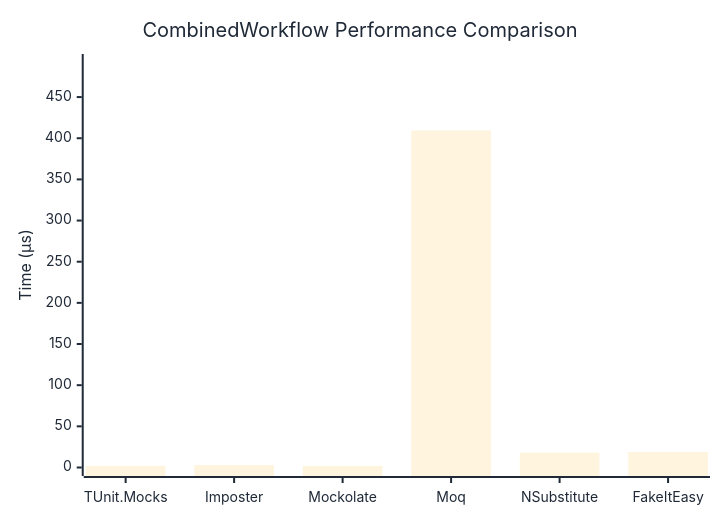
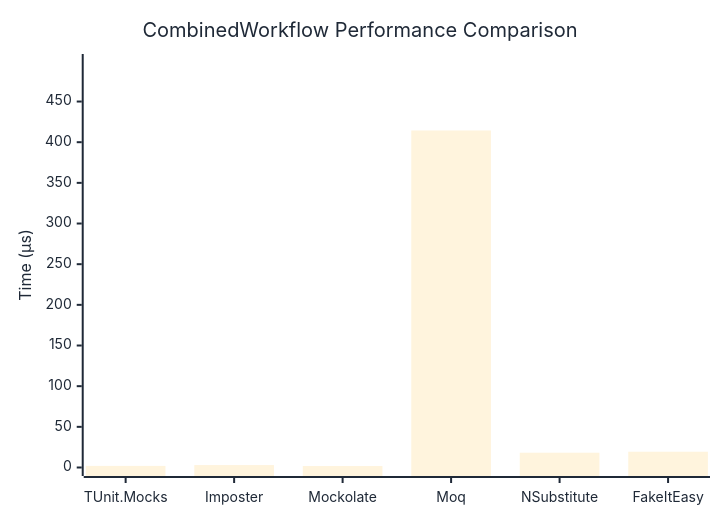
Before and after one commit to thomhurst/TUnit: the diagram in docs/docs/benchmarks/mocks/CombinedWorkflow.md, drawn with Mermaid. The commit also changed other lines of this file and 14 other files, not shown here.

````diff
--- a/docs/docs/benchmarks/mocks/CombinedWorkflow.md
+++ b/docs/docs/benchmarks/mocks/CombinedWorkflow.md
@@ -30,27 +30,27 @@
 ```mermaid
 %%{init: {
   'theme':'base',
   'themeVariables': {
     'primaryColor': '#2563eb',
     'primaryTextColor': '#1f2937',
     'primaryBorderColor': '#1e40af',
     'lineColor': '#6b7280',
     'secondaryColor': '#7c3aed',
     'tertiaryColor': '#dc2626',
     'background': '#ffffff',
     'pie1': '#2563eb',
     'pie2': '#7c3aed',
     'pie3': '#dc2626',
     'pie4': '#f59e0b',
     'pie5': '#10b981',
     'pie6': '#06b6d4',
     'pie7': '#ec4899',
     'pie8': '#6366f1'
   }
 }}%%
 xychart-beta
   title "CombinedWorkflow Performance Comparison"
   x-axis ["TUnit.Mocks", "Imposter", "Mockolate", "Moq", "NSubstitute", "FakeItEasy"]
-  y-axis "Time (μs)" 0 --> 492
-  bar [2.017, 2.911, 1.824, 409.349, 18.103, 18.85]
+  y-axis "Time (μs)" 0 --> 498
+  bar [1.971, 2.987, 1.796, 414.416, 18.204, 19.398]
 ```
````
